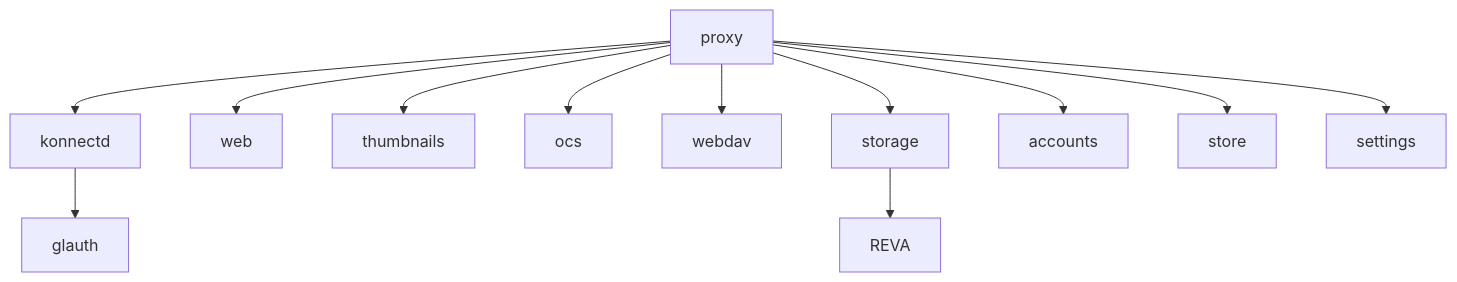
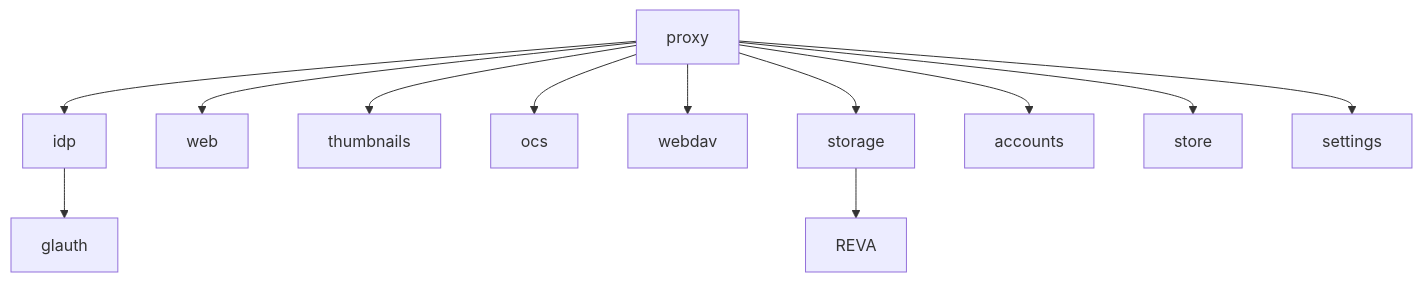
One commit to owncloud/ocis changed the diagram in docs/ocis/_index.md. Above: the diagram before and after it, drawn with Mermaid. The commit also changed 198 other files, not shown here.

Commit message:
Rename konnectd to IDP

```diff
--- a/docs/ocis/_index.md
+++ b/docs/ocis/_index.md
@@ -24,10 +24,10 @@
 {{< mermaid class="text-center">}}
 graph TD
 proxy -->
-    konnectd & web & thumbnails & ocs & webdav & storage & accounts & store & settings
+    idp & web & thumbnails & ocs & webdav & storage & accounts & store & settings
 
-konnectd --> glauth
+idp --> glauth
 
 storage --> REVA
 
 {{< /mermaid >}}
```
